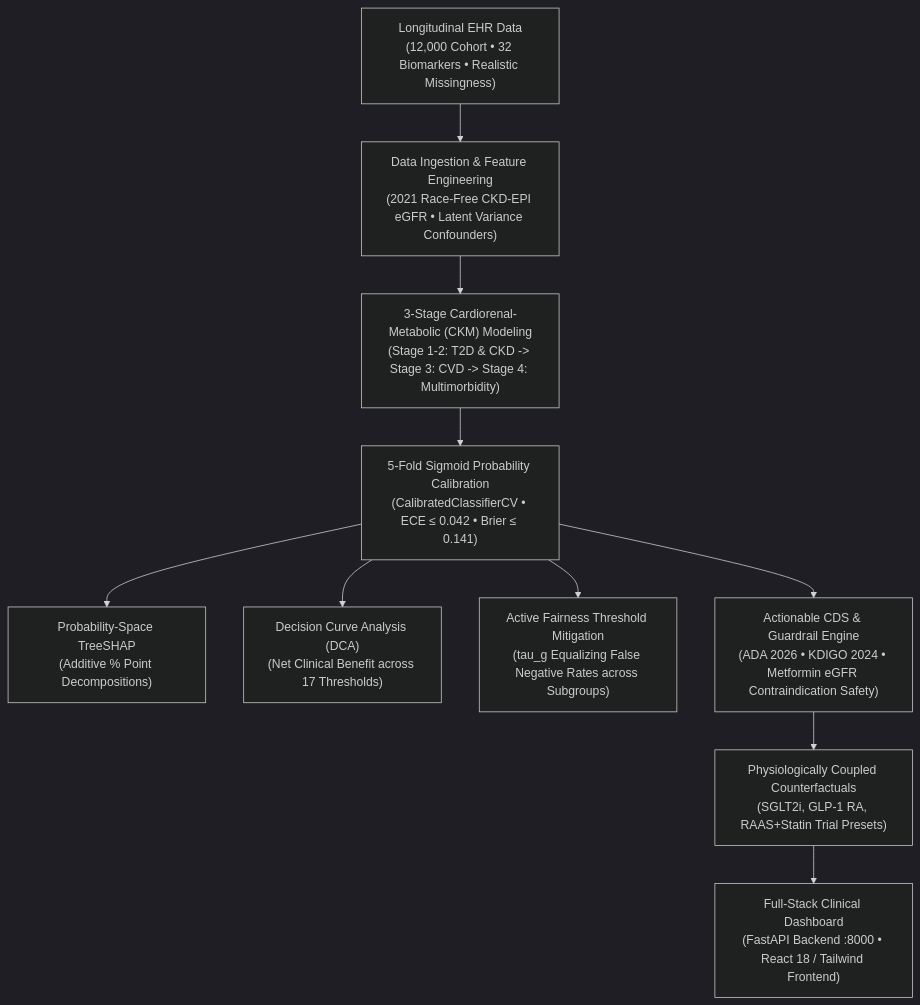
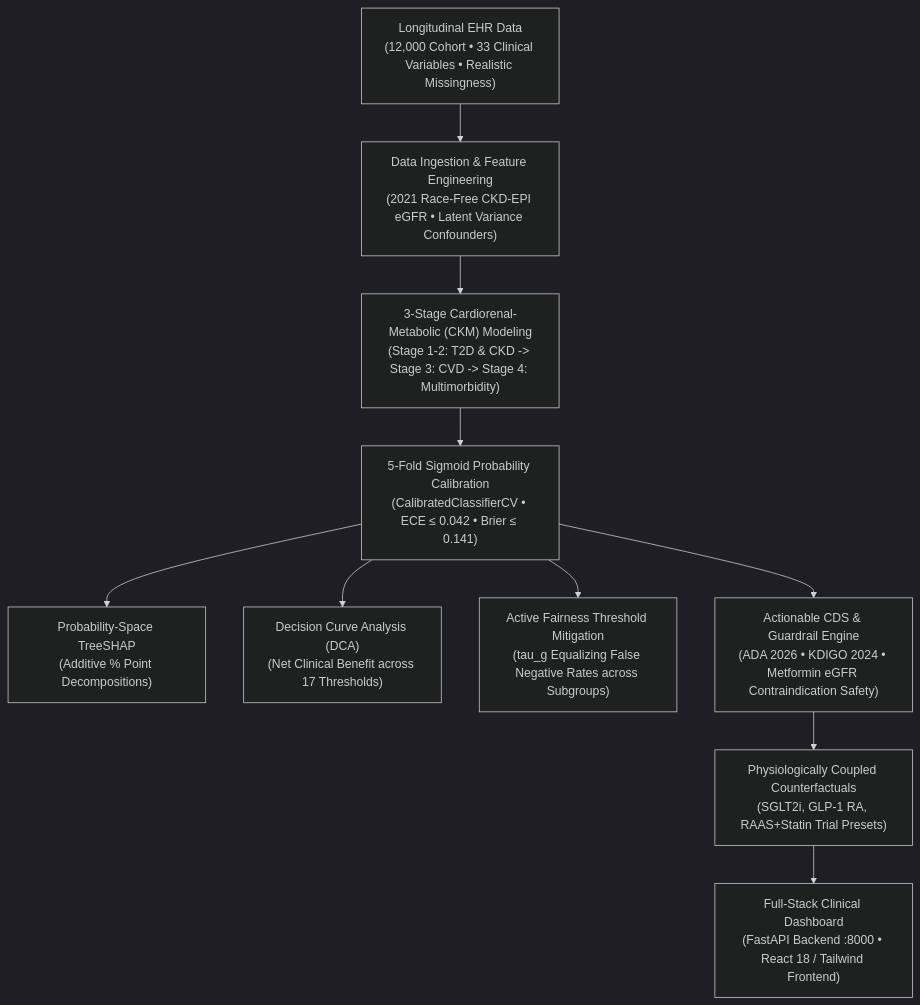
The diagram in README.md (armageden/vitarisk-cds), drawn with Mermaid (dark theme) before and after one commit. The commit also changed other lines of this file and 21 other files, not shown here.

````diff
--- a/README.md
+++ b/README.md
@@ -81,12 +81,12 @@
 ```mermaid
 flowchart TD
-    A["Longitudinal EHR Data<br/>(12,000 Cohort • 32 Biomarkers • Realistic Missingness)"] --> B["Data Ingestion & Feature Engineering<br/>(2021 Race-Free CKD-EPI eGFR • Latent Variance Confounders)"]
+    A["Longitudinal EHR Data<br/>(12,000 Cohort • 33 Clinical Variables • Realistic Missingness)"] --> B["Data Ingestion & Feature Engineering<br/>(2021 Race-Free CKD-EPI eGFR • Latent Variance Confounders)"]
     B --> C["3-Stage Cardiorenal-Metabolic (CKM) Modeling<br/>(Stage 1-2: T2D & CKD -> Stage 3: CVD -> Stage 4: Multimorbidity)"]
     C --> D["5-Fold Sigmoid Probability Calibration<br/>(CalibratedClassifierCV • ECE ≤ 0.042 • Brier ≤ 0.141)"]
     D --> E["Probability-Space TreeSHAP<br/>(Additive % Point Decompositions)"]
     D --> F["Decision Curve Analysis (DCA)<br/>(Net Clinical Benefit across 17 Thresholds)"]
     D --> G["Active Fairness Threshold Mitigation<br/>(tau_g Equalizing False Negative Rates across Subgroups)"]
     D --> H["Actionable CDS & Guardrail Engine<br/>(ADA 2026 • KDIGO 2024 • Metformin eGFR Contraindication Safety)"]
     H --> I["Physiologically Coupled Counterfactuals<br/>(SGLT2i, GLP-1 RA, RAAS+Statin Trial Presets)"]
     I --> J["Full-Stack Clinical Dashboard<br/>(FastAPI Backend :8000 • React 18 / Tailwind Frontend)"]
 ```
````
